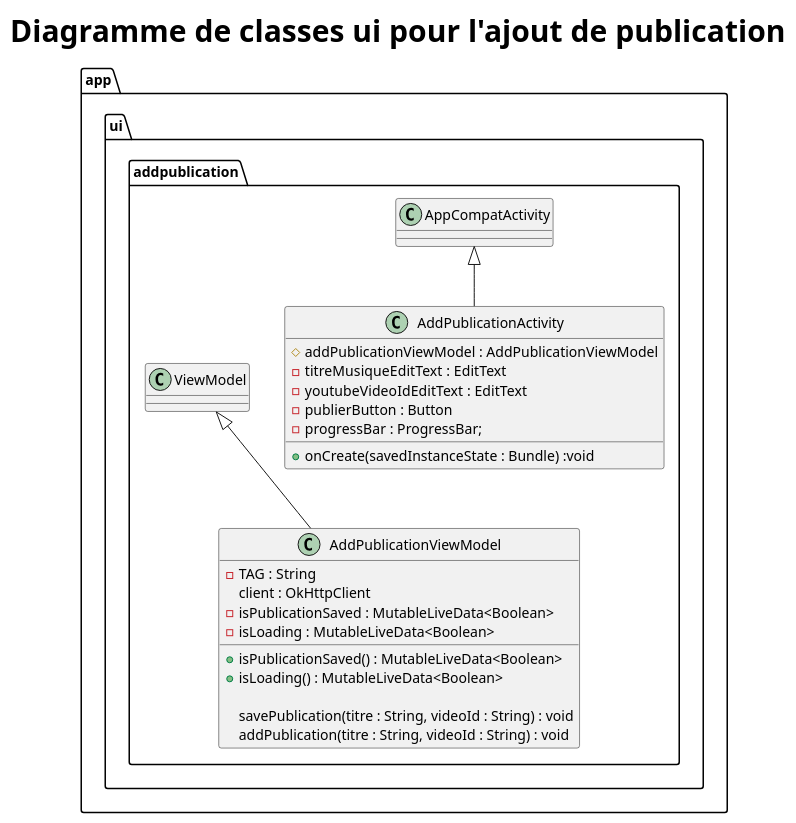
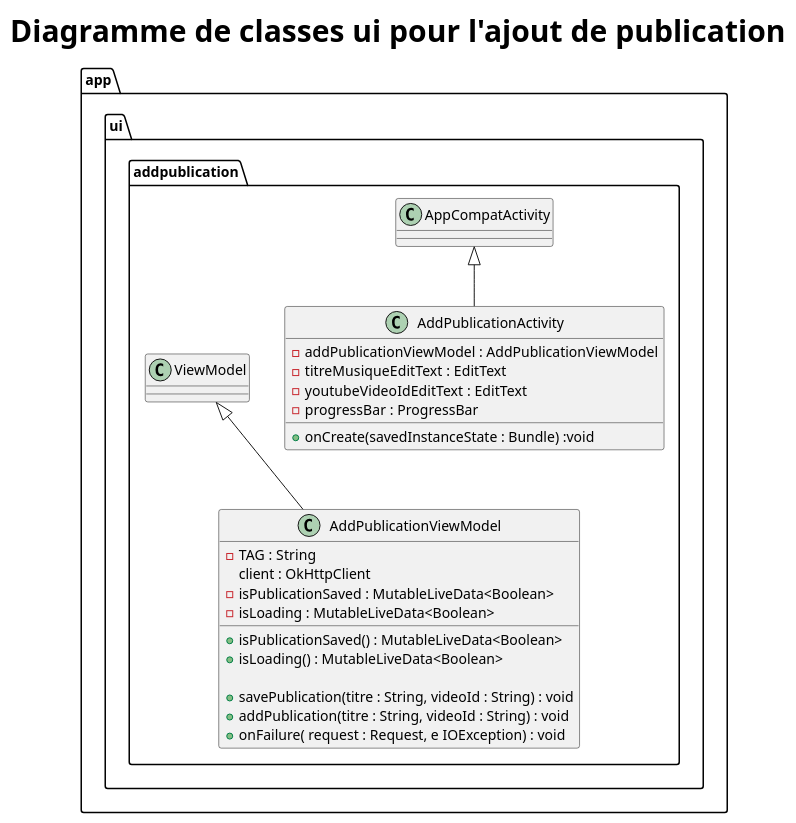
The diagram in app/docs/asciidoc/models/modelui3.puml (SefkanTas/Sonofy), drawn with PlantUML before and after one commit. The commit also changed 9 other files, not shown here.

```diff
--- a/app/docs/asciidoc/models/modelui3.puml
+++ b/app/docs/asciidoc/models/modelui3.puml
@@ -1,37 +1,37 @@
 @startuml modelui3
 title <size:30><b>Diagramme de classes ui pour l'ajout de publication</b></size>
 
 package app{
 
   package ui{
 
   package addpublication{
 
           class AddPublicationActivity extends AppCompatActivity{
-                # addPublicationViewModel : AddPublicationViewModel
+               - addPublicationViewModel : AddPublicationViewModel
                - titreMusiqueEditText : EditText
                - youtubeVideoIdEditText : EditText
-               - publierButton : Button
-               - progressBar : ProgressBar;
+               - progressBar : ProgressBar
 
                + onCreate(savedInstanceState : Bundle) :void
           }
 
           class AddPublicationViewModel extends ViewModel{
               - TAG : String
                 client : OkHttpClient
               - isPublicationSaved : MutableLiveData<Boolean>
               - isLoading : MutableLiveData<Boolean>
 
               + isPublicationSaved() : MutableLiveData<Boolean>
               + isLoading() : MutableLiveData<Boolean>
 
-              savePublication(titre : String, videoId : String) : void
-              addPublication(titre : String, videoId : String) : void
+              + savePublication(titre : String, videoId : String) : void
+              + addPublication(titre : String, videoId : String) : void
+              + onFailure( request : Request, e IOException) : void
           }
 
           AddPublicationActivity -[hidden]- AddPublicationViewModel
     	}
   }
 }
 @enduml
```
